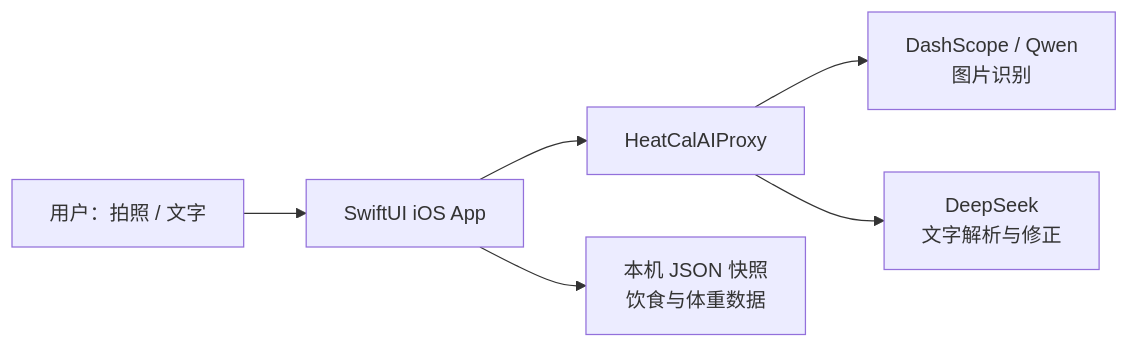
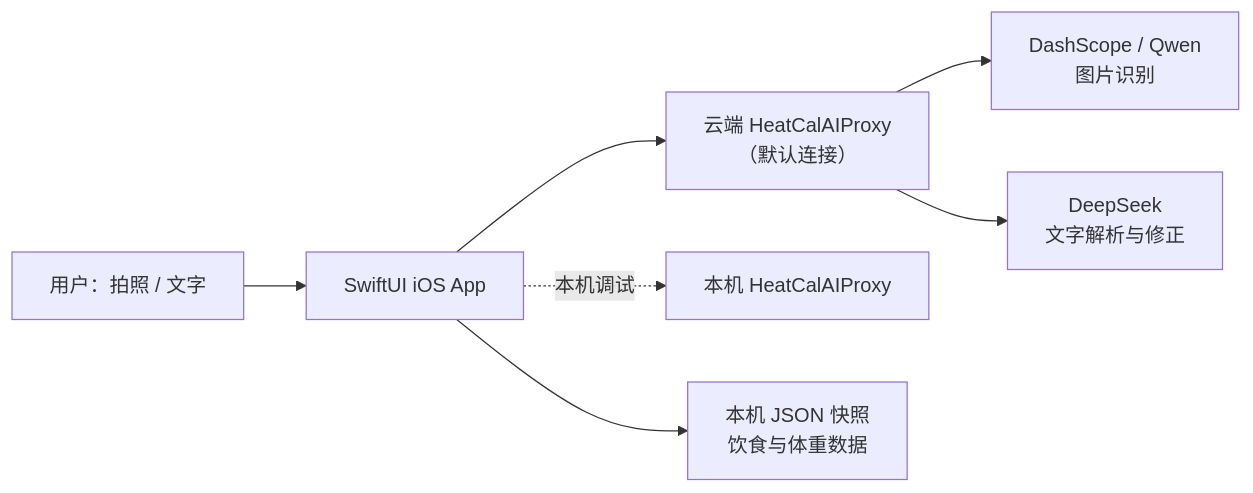
One commit to ShawnLin599/HeatCal changed the diagram in README.md. Above: the diagram before and after it, drawn with Mermaid. The commit also changed other lines of this file and 7 other files, not shown here.

````diff
--- a/README.md
+++ b/README.md
@@ -80,8 +81,9 @@
 ```mermaid
 flowchart LR
     U["用户：拍照 / 文字"] --> A["SwiftUI iOS App"]
-    A --> P["HeatCalAIProxy"]
+    A --> P["云端 HeatCalAIProxy\n（默认连接）"]
+    A -. "本机调试" .-> D["本机 HeatCalAIProxy"]
     P --> V["DashScope / Qwen\n图片识别"]
     P --> T["DeepSeek\n文字解析与修正"]
     A --> L["本机 JSON 快照\n饮食与体重数据"]
 ```
````
